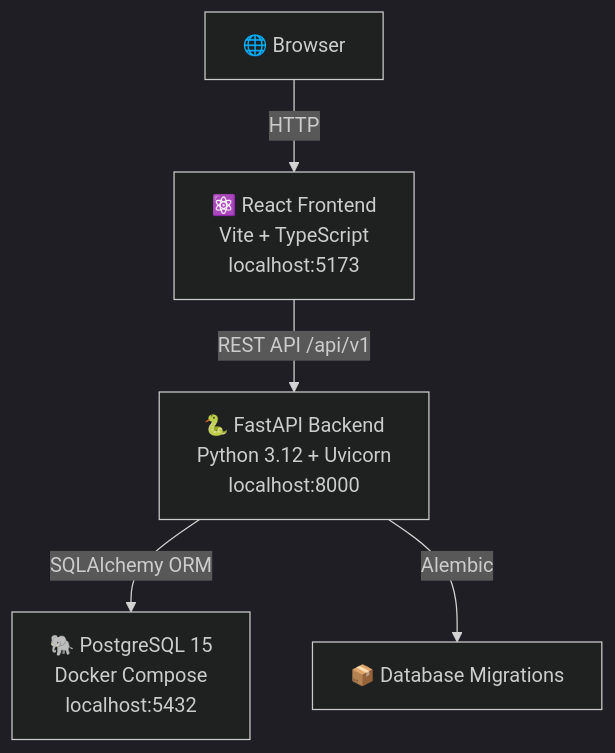
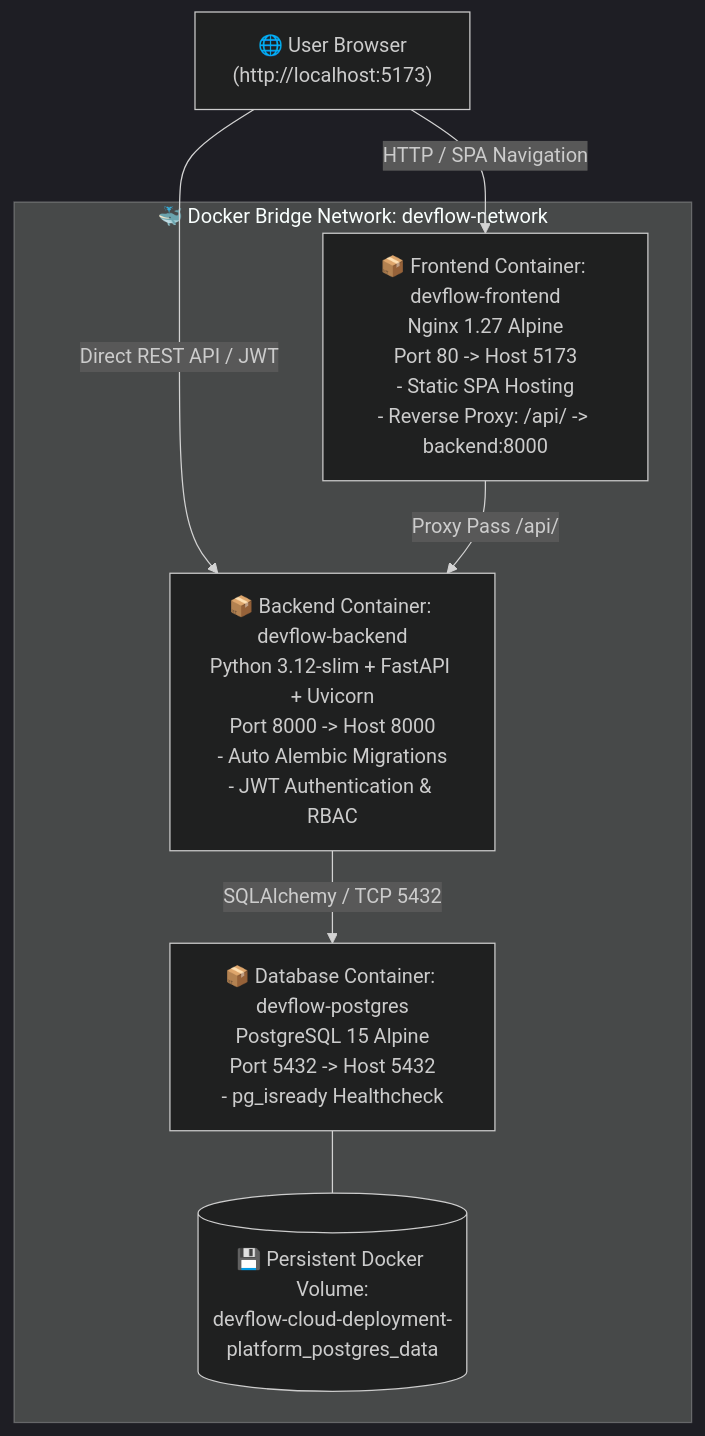
Before and after one commit to Anna-Prince-Pro/devflow-cloud-deployment-platform: the diagram in README.md, drawn with Mermaid (dark theme). The commit also changed other lines of this file and 26 other files, not shown here.

Commit message:
feat: add Docker deployment and CI pipeline

````diff
--- a/README.md
+++ b/README.md
@@ -36,7 +27,17 @@
 ```mermaid
 graph TD
-    Browser["🌐 Browser"] -->|HTTP| FE["⚛️ React Frontend\nVite + TypeScript\nlocalhost:5173"]
-    FE -->|REST API /api/v1| BE["🐍 FastAPI Backend\nPython 3.12 + Uvicorn\nlocalhost:8000"]
-    BE -->|SQLAlchemy ORM| DB["🐘 PostgreSQL 15\nDocker Compose\nlocalhost:5432"]
-    BE -->|Alembic| MIG["📦 Database Migrations"]
+    Client["🌐 User Browser\n(http://localhost:5173)"]
+
+    subgraph DockerNetwork["🐳 Docker Bridge Network: devflow-network"]
+        FE["📦 Frontend Container: devflow-frontend\nNginx 1.27 Alpine\nPort 80 -> Host 5173\n- Static SPA Hosting\n- Reverse Proxy: /api/ -> backend:8000"]
+        BE["📦 Backend Container: devflow-backend\nPython 3.12-slim + FastAPI + Uvicorn\nPort 8000 -> Host 8000\n- Auto Alembic Migrations\n- JWT Authentication & RBAC"]
+        DB["📦 Database Container: devflow-postgres\nPostgreSQL 15 Alpine\nPort 5432 -> Host 5432\n- pg_isready Healthcheck"]
+        VOL[("💾 Persistent Docker Volume:\ndevflow-cloud-deployment-platform_postgres_data")]
+    end
+
+    Client -->|HTTP / SPA Navigation| FE
+    Client -->|Direct REST API / JWT| BE
+    FE -->|Proxy Pass /api/| BE
+    BE -->|SQLAlchemy / TCP 5432| DB
+    DB --- VOL
 ```
````
